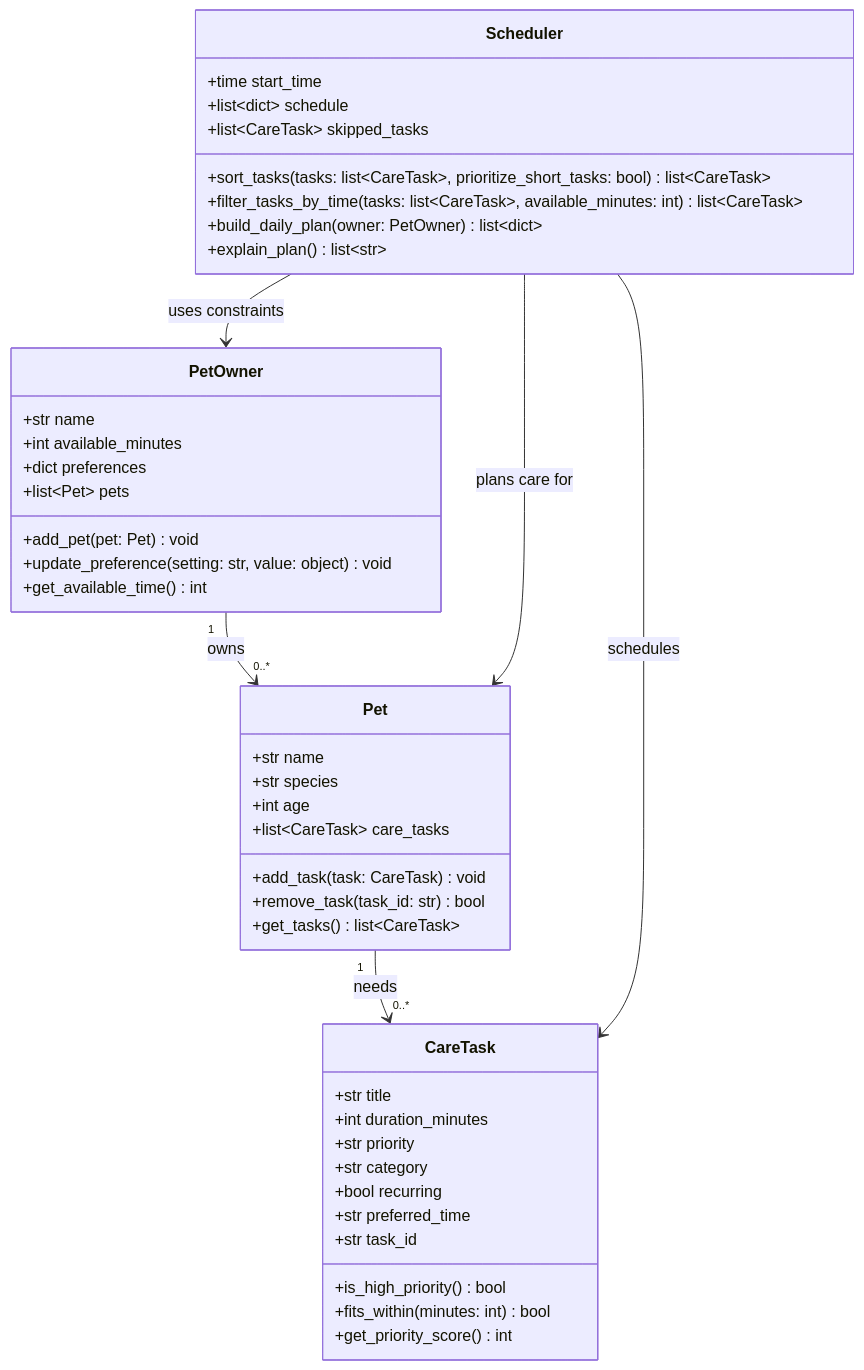
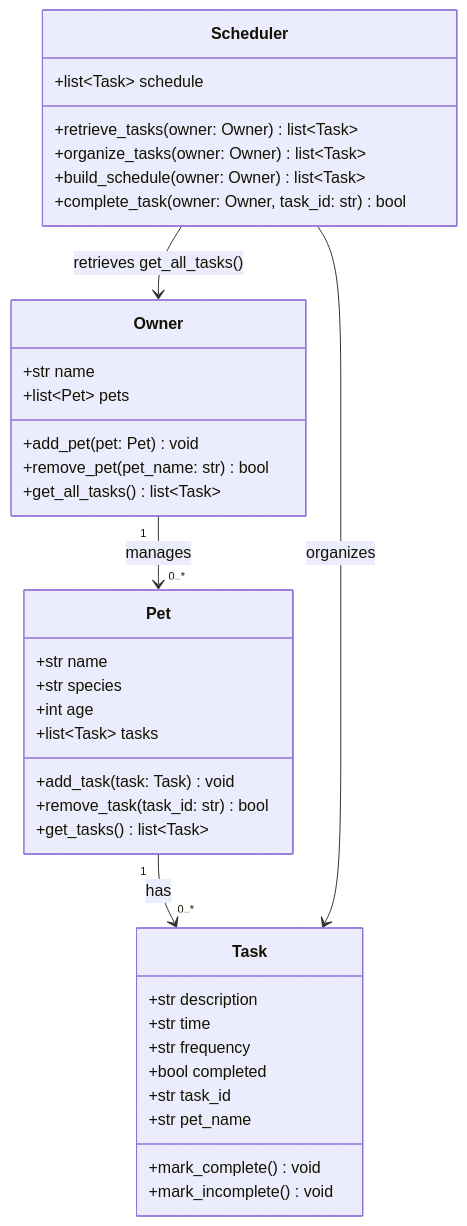
One commit to harshypoo/ai110-module2show-pawpal-starter changed the diagram in diagrams/uml_draft.mmd. Above: the diagram before and after it, drawn with Mermaid. The commit also changed 5 other files, not shown here.

Commit message:
feat: implement multi-pet PawPal scheduler, demo, tests, and docs

```diff
--- a/diagrams/uml_draft.mmd
+++ b/diagrams/uml_draft.mmd
@@ -1,49 +1,42 @@
 classDiagram
-    class PetOwner {
-        +str name
-        +int available_minutes
-        +dict preferences
-        +list~Pet~ pets
-        +add_pet(pet: Pet) void
-        +update_preference(setting: str, value: object) void
-        +get_available_time() int
+    class Task {
+        +str description
+        +str time
+        +str frequency
+        +bool completed
+        +str task_id
+        +str pet_name
+        +mark_complete() void
+        +mark_incomplete() void
     }
 
     class Pet {
         +str name
         +str species
         +int age
-        +list~CareTask~ care_tasks
-        +add_task(task: CareTask) void
+        +list~Task~ tasks
+        +add_task(task: Task) void
         +remove_task(task_id: str) bool
-        +get_tasks() list~CareTask~
+        +get_tasks() list~Task~
     }
 
-    class CareTask {
-        +str title
-        +int duration_minutes
-        +str priority
-        +str category
-        +bool recurring
-        +str preferred_time
-        +str task_id
-        +is_high_priority() bool
-        +fits_within(minutes: int) bool
-        +get_priority_score() int
+    class Owner {
+        +str name
+        +list~Pet~ pets
+        +add_pet(pet: Pet) void
+        +remove_pet(pet_name: str) bool
+        +get_all_tasks() list~Task~
     }
 
     class Scheduler {
-        +time start_time
-        +list~dict~ schedule
-        +list~CareTask~ skipped_tasks
-        +sort_tasks(tasks: list~CareTask~, prioritize_short_tasks: bool) list~CareTask~
-        +filter_tasks_by_time(tasks: list~CareTask~, available_minutes: int) list~CareTask~
-        +build_daily_plan(owner: PetOwner) list~dict~
-        +explain_plan() list~str~
+        +list~Task~ schedule
+        +retrieve_tasks(owner: Owner) list~Task~
+        +organize_tasks(owner: Owner) list~Task~
+        +build_schedule(owner: Owner) list~Task~
+        +complete_task(owner: Owner, task_id: str) bool
     }
 
-    PetOwner "1" --> "0..*" Pet : owns
-    Pet "1" --> "0..*" CareTask : needs
-    Scheduler --> PetOwner : uses constraints
-    Scheduler --> Pet : plans care for
-    Scheduler --> CareTask : schedules
+    Owner "1" --> "0..*" Pet : manages
+    Pet "1" --> "0..*" Task : has
+    Scheduler --> Owner : retrieves get_all_tasks()
+    Scheduler --> Task : organizes
```
